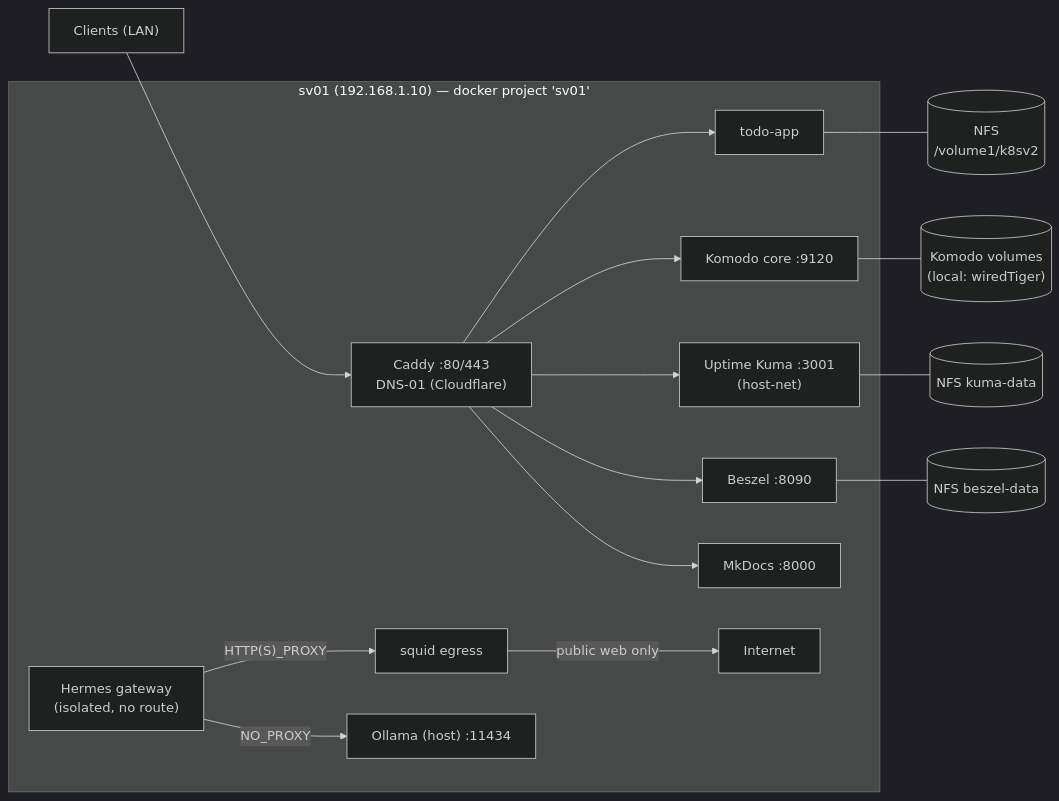
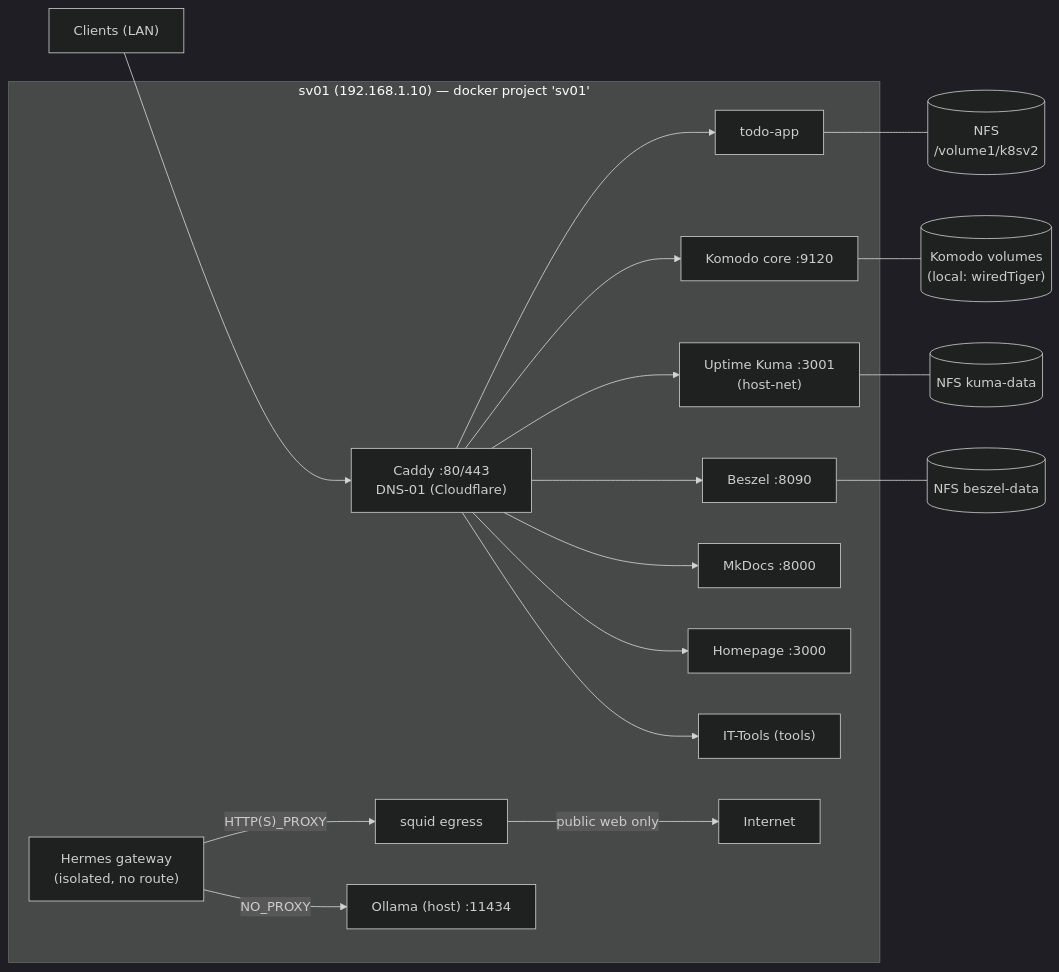
The diagram in docs/index.md (RKruit/k3s-gitops), drawn with Mermaid (dark theme) before and after one commit. The commit also changed 3 other files, not shown here.

Commit message:
docs: sync aggregate pages with homepage/it-tools (hosts table, caddy routes, monitor list, diagram)

````diff
--- a/docs/index.md
+++ b/docs/index.md
@@ -22,18 +22,20 @@
 ```mermaid
 flowchart LR
     user["Clients (LAN)"] --> caddy
     subgraph sv01["sv01 (192.168.1.10) — docker project 'sv01'"]
         caddy["Caddy :80/443<br>DNS-01 (Cloudflare)"] --> todo["todo-app"]
         caddy --> komodo["Komodo core :9120"]
         caddy --> kuma["Uptime Kuma :3001<br>(host-net)"]
         caddy --> beszel["Beszel :8090"]
         caddy --> docs_site["MkDocs :8000"]
+        caddy --> homepage["Homepage :3000"]
+        caddy --> ittools["IT-Tools (tools)"]
         hermes["Hermes gateway<br>(isolated, no route)"] -- "HTTP(S)_PROXY" --> squid["squid egress"]
         squid -- "public web only" --> net["Internet"]
         hermes -- "NO_PROXY" --> ollama["Ollama (host) :11434"]
     end
     todo --- v1[("NFS<br>/volume1/k8sv2")]
     komodo --- v2[("Komodo volumes<br>(local: wiredTiger)")]
     kuma --- v3[("NFS kuma-data")]
     beszel --- v4[("NFS beszel-data")]
 ```
````
